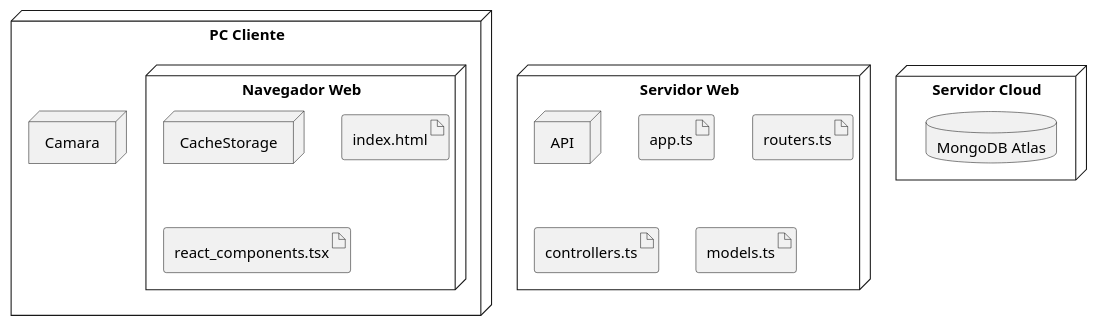
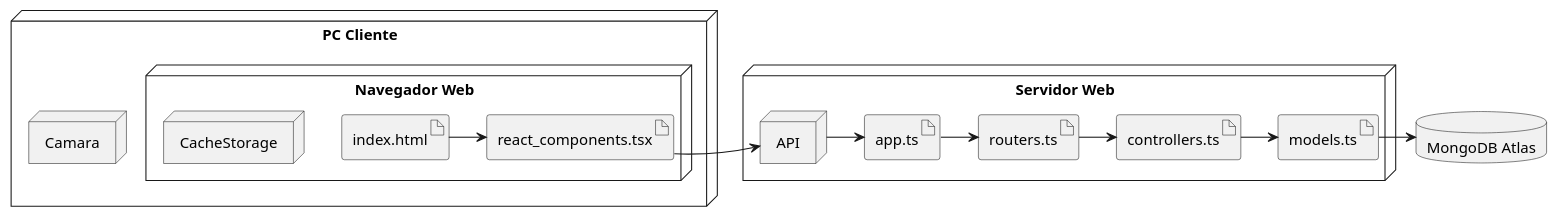
Before and after one commit to TFG-SGM/memoria: the first of 5 diagrams in templateAPP/input/appendices/03_diagramas.md, drawn with PlantUML. The commit also changed other lines of this file and 47 other files, not shown here.

````diff
--- a/templateAPP/input/appendices/03_diagramas.md
+++ b/templateAPP/input/appendices/03_diagramas.md
@@ -13,25 +13,32 @@
 ```{.plantuml #anexo3:diagrama-despliegue caption="Diagrama de despliegue" frame=single}
 @startuml
 
 node "PC Cliente" {
 node Camara
 node "Navegador Web" {
-node "CacheStorage"
+node CacheStorage
 artifact index.html
 artifact react_components.tsx
 }
 }
 node "Servidor Web" {
 node API
 
 artifact app.ts
 artifact routers.ts
 artifact controllers.ts
 artifact models.ts
 
 }
-node "Servidor Cloud" {
-database "MongoDB Atlas"
-}
+database mongodb as "MongoDB Atlas"
+
+index.html -> react_components.tsx
+react_components.tsx -> API
+API -> app.ts
+app.ts -> routers.ts
+routers.ts -> controllers.ts
+controllers.ts -> models.ts
+models.ts -> mongodb
+
 @enduml
 ```
````
